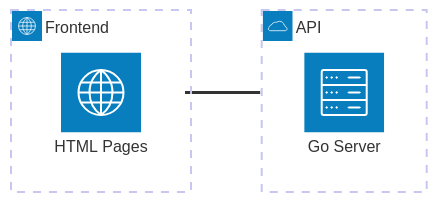
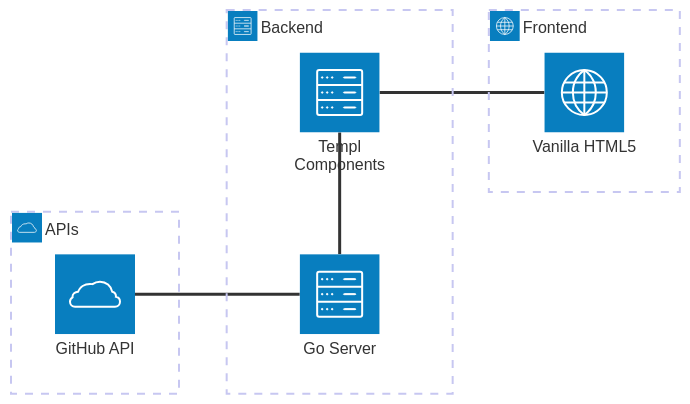
Before and after one commit to haydenheroux/merge: the diagram in README.md, drawn with Mermaid. The commit also changed other lines of this file, not shown here.

Commit message:
Update architecture diagram in README.md

````diff
--- a/README.md
+++ b/README.md
@@ -3,12 +3,19 @@
 ```mermaid
 architecture-beta
-    group api(cloud)[API]
-
-    service server(server)[Go Server] in api
-
     group frontend(internet)[Frontend]
 
-    service client(internet)[HTML Pages] in frontend
+    service client(internet)[Vanilla HTML5] in frontend
 
-    server{group}:L -- R:client{group}
+    group backend(server)[Backend]
+
+    service server(server)[Go Server] in backend
+    service templ(server)[Templ Components] in backend
+
+    group api(cloud)[APIs]
+
+    service github(cloud)[GitHub API] in api
+
+    client:L -- R:templ
+    templ:B -- T:server
+    server:L -- R:github
 ```
````
